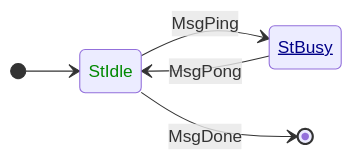
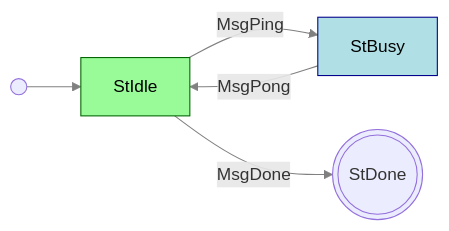
One commit to rkuhn/cardano-blueprint changed the diagram in src/network/mini-protocols.md. Above: the diagram before and after it, drawn with Mermaid. The commit also changed other lines of this file and 11 other files, not shown here.

First line of the commit message:
Improve readability of state diagrams

````diff
--- a/src/network/mini-protocols.md
+++ b/src/network/mini-protocols.md
@@ -35,15 +35,18 @@
 ```mermaid
-stateDiagram
+graph LR
+    classDef client color:black,fill:PaleGreen,stroke:DarkGreen;
+    classDef server color:black,fill:PowderBlue,stroke:DarkBlue;
+    classDef init fill:black,stroke:black;
 
-    [*] --> StIdle
-    StIdle --> StBusy: MsgPing
-    StBusy --> StIdle: MsgPong
-    StIdle --> [*]: MsgDone
+   linkStyle default stroke:gray
 
-    direction LR
+   StDone(((StDone)))
 
-    classDef initiator color:#080
-    classDef responder color:#008, text-decoration: underline
-    class StIdle initiator
-    class StBusy responder
+    i(( )) --> StIdle
+    StIdle --MsgPing--> StBusy
+    StBusy --MsgPong--> StIdle
+    StIdle --MsgDone--> StDone
+
+    class StIdle client
+    class StBusy server
 ```
````
